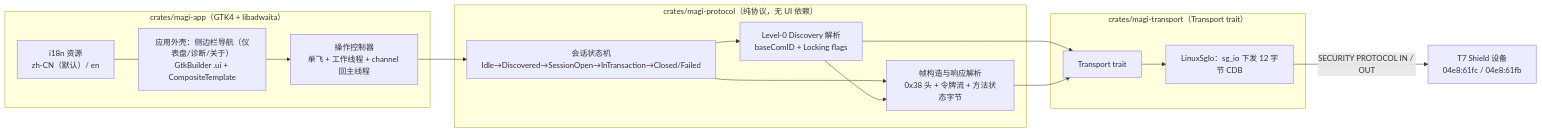
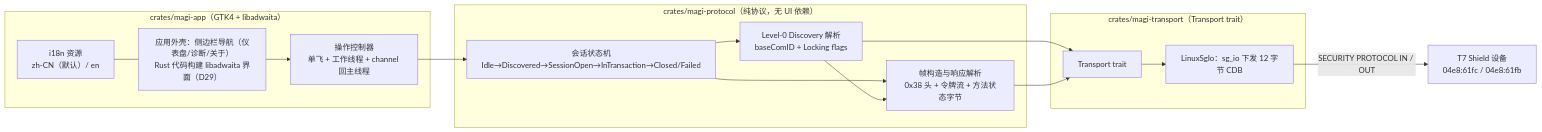
One commit to Rikka-Sei/t7Shield-Magician changed the first of 3 diagrams in docs/specs/t7-magician/spec.md. Above: the diagram before and after it, drawn with Mermaid. The commit also changed other lines of this file and 3 other files, not shown here.

First line of the commit message:
docs(spec): D29 界面改为 Rust 代码构建并统一 libadwaita 标准组件

````diff
--- a/docs/specs/t7-magician/spec.md
+++ b/docs/specs/t7-magician/spec.md
@@ -85,28 +85,28 @@
 ```mermaid
 graph LR
     subgraph app["crates/magi-app（GTK4 + libadwaita）"]
-        UI["应用外壳：侧边栏导航（仪表盘/诊断/关于）<br/>GtkBuilder .ui + CompositeTemplate"]
+        UI["应用外壳：侧边栏导航（仪表盘/诊断/关于）<br/>Rust 代码构建 libadwaita 界面（D29）"]
         CTL["操作控制器<br/>单飞 + 工作线程 + channel 回主线程"]
         I18N["i18n 资源<br/>zh-CN（默认）/ en"]
     end
     subgraph proto["crates/magi-protocol（纯协议，无 UI 依赖）"]
         DISC["Level-0 Discovery 解析<br/>baseComID + Locking flags"]
         FRAME["帧构造与响应解析<br/>0x38 头 + 令牌流 + 方法状态字节"]
         SM["会话状态机<br/>Idle→Discovered→SessionOpen→InTransaction→Closed/Failed"]
     end
     subgraph tr["crates/magi-transport（Transport trait）"]
         TRT["Transport trait"]
         LIN["LinuxSgIo：sg_io 下发 12 字节 CDB"]
     end
     DEV["T7 Shield 设备<br/>04e8:61fc / 04e8:61fb"]
     UI --> CTL
     CTL --> SM
     SM --> DISC
     SM --> FRAME
     DISC --> FRAME
     DISC --> TRT
     FRAME --> TRT
     TRT --> LIN
     LIN -->|"SECURITY PROTOCOL IN / OUT"| DEV
     I18N --- UI
 ```
````
